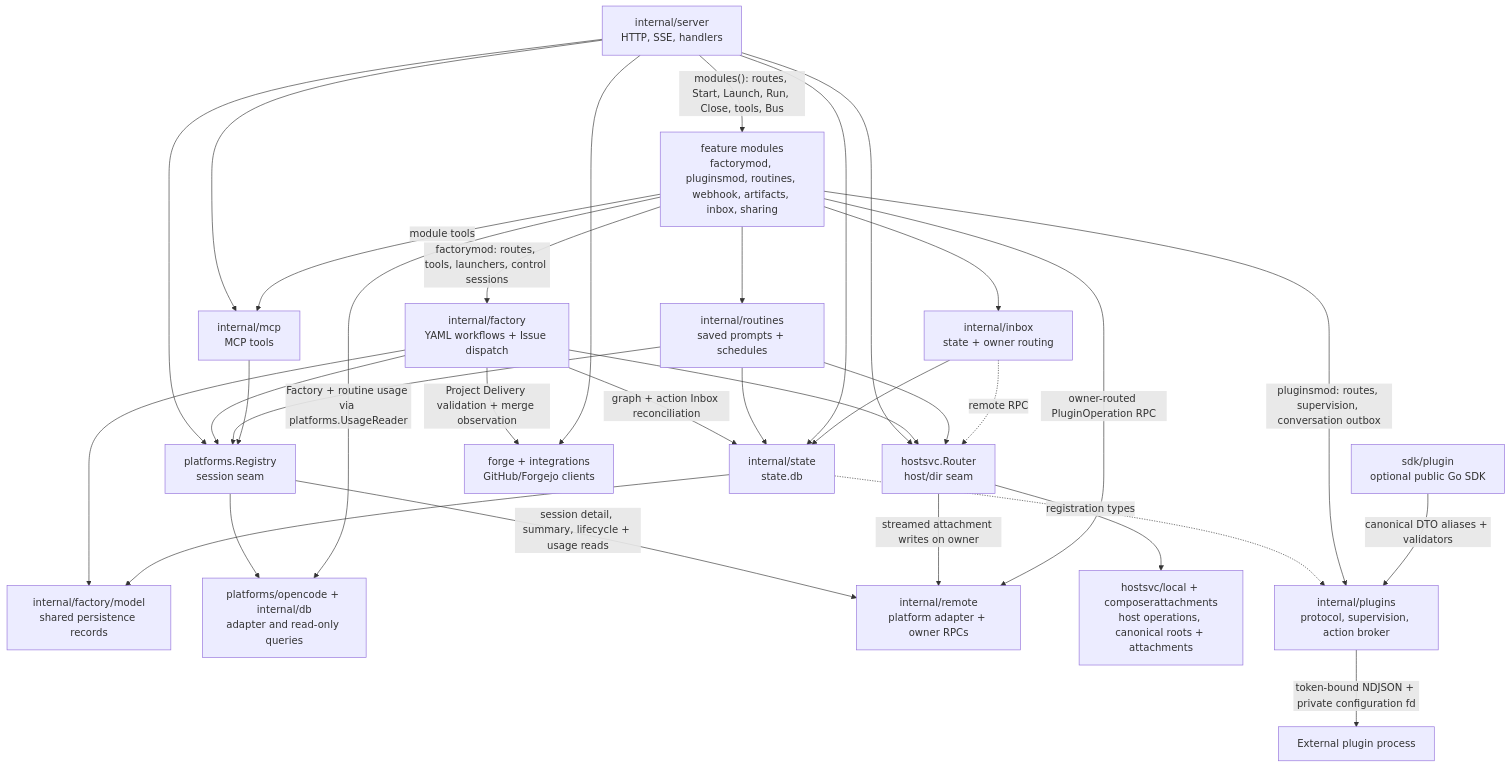
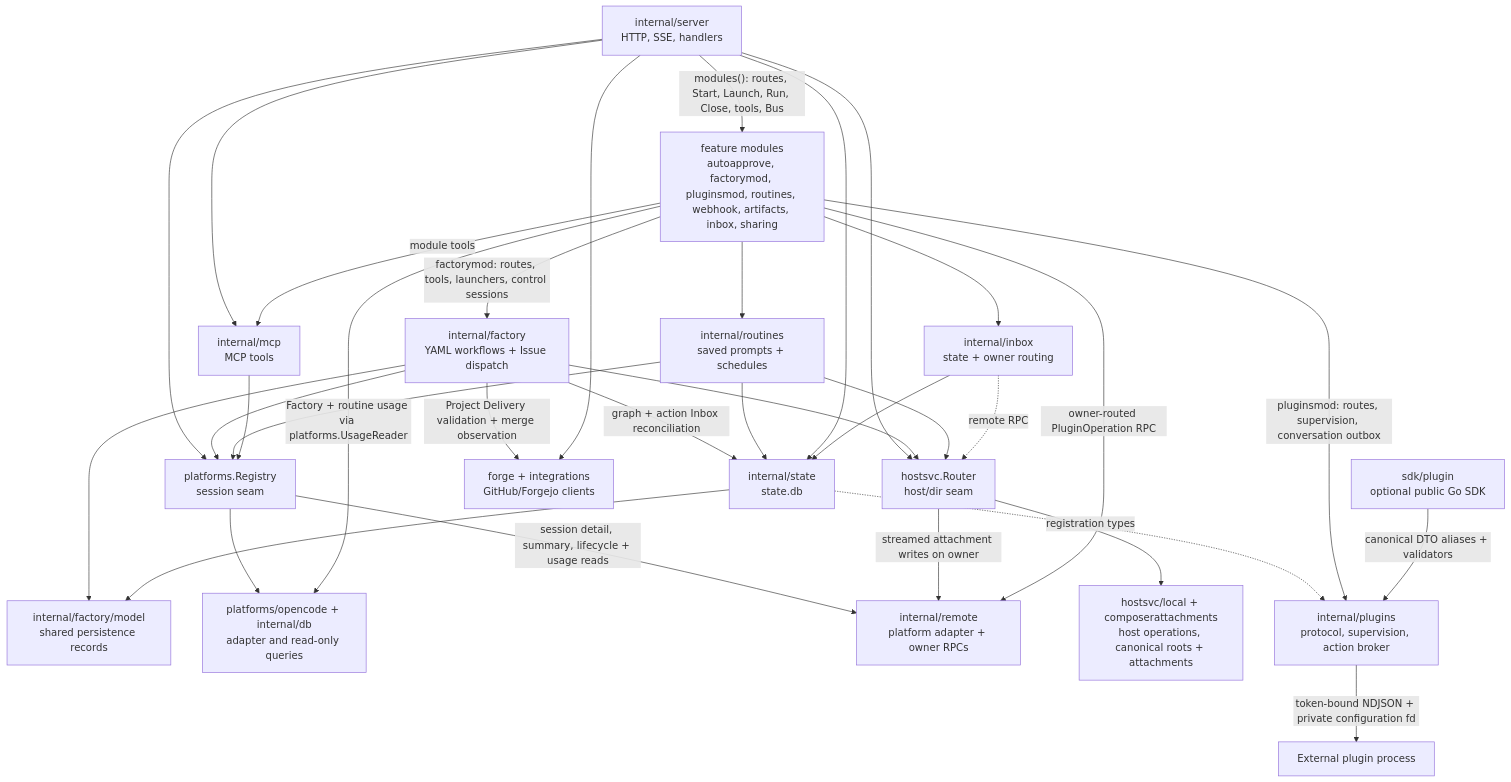
Before and after one commit to ocman/ocman: the third of 5 diagrams in docs/other/architecture.md, drawn with Mermaid. The commit also changed other lines of this file and 26 other files, not shown here.

Commit message:
refactor(autoapprove): extract auto-approve routes, settings and watcher into a feature module

````diff
--- a/docs/other/architecture.md
+++ b/docs/other/architecture.md
@@ -175,35 +175,35 @@
 ```mermaid
 flowchart TD
     Server[internal/server<br/>HTTP, SSE, handlers] --> Registry[platforms.Registry<br/>session seam]
     Server --> Router[hostsvc.Router<br/>host/dir seam]
-    Server -->|"modules(): routes, Start, Launch, Run, Close, tools, Bus"| Modules[feature modules<br/>factorymod, pluginsmod, routines, webhook, artifacts, inbox, sharing]
+    Server -->|"modules(): routes, Start, Launch, Run, Close, tools, Bus"| Modules[feature modules<br/>autoapprove, factorymod, pluginsmod, routines, webhook, artifacts, inbox, sharing]
     Modules --> Routines[internal/routines<br/>saved prompts + schedules]
     Modules -->|"factorymod: routes, tools, launchers, control sessions"| Factory[internal/factory<br/>YAML workflows + Issue dispatch]
     Factory --> FactoryModel[internal/factory/model<br/>shared persistence records]
     Factory -->|graph + action Inbox reconciliation| State
     State --> FactoryModel
     Factory --> Registry
     Factory --> Router
     Factory -->|Project Delivery validation + merge observation| Forge
     Routines --> Registry
     Routines --> Router
     Routines --> State
     Server --> MCP[internal/mcp<br/>MCP tools]
     Modules -->|module tools| MCP
     Modules --> Inbox[internal/inbox<br/>state + owner routing]
     MCP --> Registry
     Registry --> OC[platforms/opencode + internal/db<br/>adapter and read-only queries]
     Modules -->|Factory + routine usage via platforms.UsageReader| OC
     Registry -->|session detail, summary, lifecycle + usage reads| RP[internal/remote<br/>platform adapter + owner RPCs]
     Router --> Local[hostsvc/local + composerattachments<br/>host operations, canonical roots + attachments]
     Router -->|streamed attachment writes on owner| RP
     Server --> State[internal/state<br/>state.db]
     Inbox --> State
     Inbox -.->|remote RPC| Router
     Server --> Forge[forge + integrations<br/>GitHub/Forgejo clients]
     State -.->|registration types| Plugins[internal/plugins<br/>protocol, supervision, action broker]
     Modules -->|"pluginsmod: routes, supervision, conversation outbox"| Plugins
     Plugins -->|token-bound NDJSON + private configuration fd| PluginExec[External plugin process]
     Modules -->|owner-routed PluginOperation RPC| RP
     PluginSDK[sdk/plugin<br/>optional public Go SDK] -->|canonical DTO aliases + validators| Plugins
 ```
````
